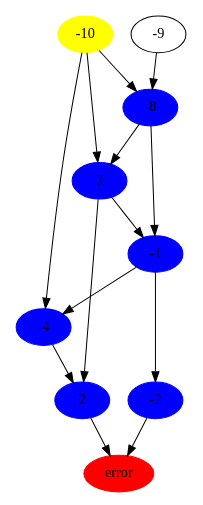
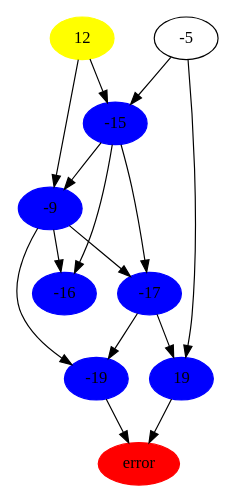
Before and after one commit to Artifere/Rendu1: the diagram in src/graph.dot, drawn with Graphviz. The commit also changed 16 other files, not shown here.

```diff
--- a/src/graph.dot
+++ b/src/graph.dot
@@ -1,24 +1,25 @@
 digraph G {
 size ="4,4";
 error[style=filled,color=red];
--10[style=filled,color=yellow];
- 2[style=filled,color=blue];
--8[style=filled,color=blue];
- 7[style=filled,color=blue];
--1[style=filled,color=blue];
--4[style=filled,color=blue];
--2[style=filled,color=blue];
--4 ->  2;
- 7 ->  2;
--9 -> -8;
--10 -> -8;
--8 ->  7;
--10 ->  7;
- 7 -> -1;
--8 -> -1;
--1 -> -4;
--10 -> -4;
--1 -> -2;
-2->error;
--2->error;
+ 12[style=filled,color=yellow];
+-15[style=filled,color=blue];
+-9[style=filled,color=blue];
+-16[style=filled,color=blue];
+-17[style=filled,color=blue];
+ 19[style=filled,color=blue];
+-19[style=filled,color=blue];
+-5 -> -15;
+ 12 -> -15;
+ 12 -> -9;
+-15 -> -9;
+-9 -> -16;
+-15 -> -16;
+-9 -> -17;
+-15 -> -17;
+-5 ->  19;
+-17 ->  19;
+-9 -> -19;
+-17 -> -19;
+19->error;
+-19->error;
 }
```
